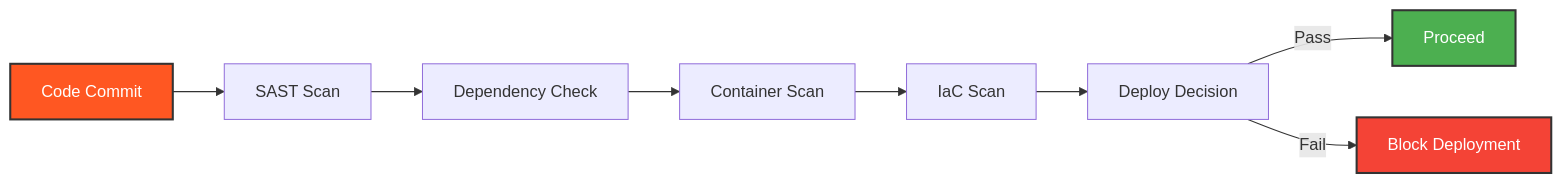
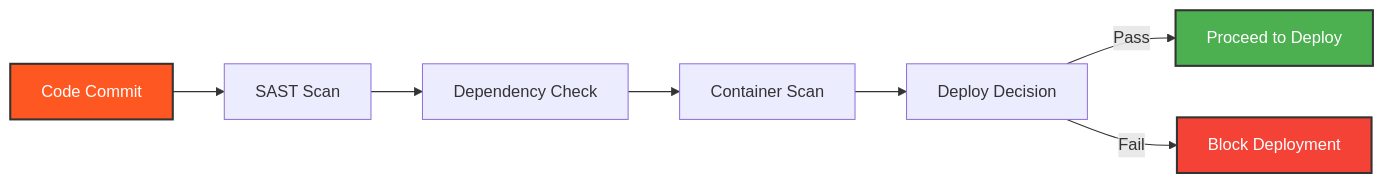
Before and after one commit to jacekwolnickikrk/FinalDevOpsProject: the second of 2 diagrams in README.md, drawn with Mermaid. The commit also changed other lines of this file, not shown here.

````diff
--- a/README.md
+++ b/README.md
@@ -256,14 +255,13 @@
 ```mermaid
 graph LR
     A[Code Commit] --> B[SAST Scan]
     B --> C[Dependency Check]
     C --> D[Container Scan]
-    D --> E[IaC Scan]
-    E --> F[Deploy Decision]
-    F -->|Pass| G[Proceed]
-    F -->|Fail| H[Block Deployment]
+    D --> E[Deploy Decision]
+    E -->|Pass| F[Proceed to Deploy]
+    E -->|Fail| G[Block Deployment]
     
     style A fill:#FF5722,stroke:#333,stroke-width:2px,color:#fff
-    style G fill:#4CAF50,stroke:#333,stroke-width:2px,color:#fff
-    style H fill:#F44336,stroke:#333,stroke-width:2px,color:#fff
+    style F fill:#4CAF50,stroke:#333,stroke-width:2px,color:#fff
+    style G fill:#F44336,stroke:#333,stroke-width:2px,color:#fff
 ```
````
